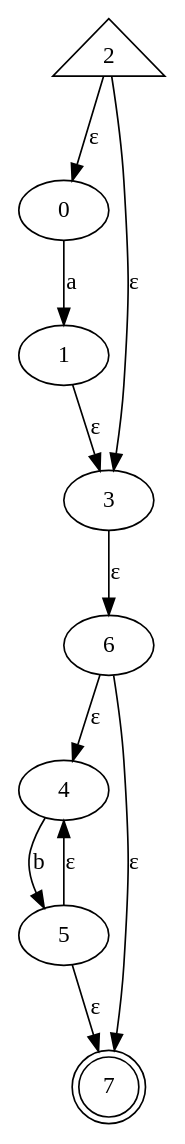
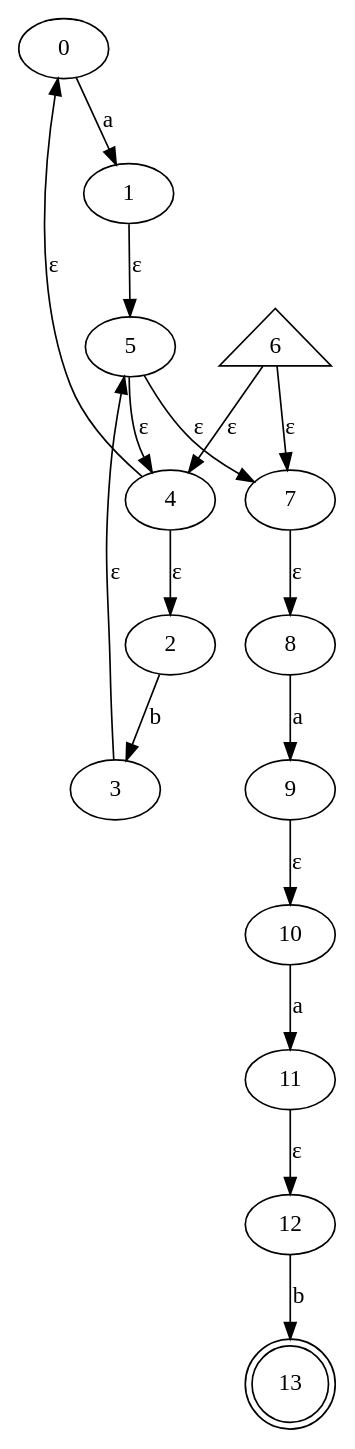
The diagram in automaton.gv (guillermoSb/UVG_Compis1_Lab1), drawn with Graphviz before and after one commit. The commit also changed 2 other files, not shown here.

```diff
--- a/automaton.gv
+++ b/automaton.gv
@@ -1,20 +1,32 @@
 digraph {
 	0
 	1
-	2 [shape=triangle]
+	2
 	3
 	4
 	5
-	6
-	7 [shape=doublecircle]
+	6 [shape=triangle]
+	7
+	8
+	9
+	10
+	11
+	12
+	13 [shape=doublecircle]
 	0 -> 1 [label=a]
-	1 -> 3 [label="ε"]
-	2 -> 0 [label="ε"]
-	2 -> 3 [label="ε"]
-	3 -> 6 [label="ε"]
-	4 -> 5 [label=b]
+	1 -> 5 [label="ε"]
+	2 -> 3 [label=b]
+	3 -> 5 [label="ε"]
+	4 -> 0 [label="ε"]
+	4 -> 2 [label="ε"]
 	5 -> 4 [label="ε"]
 	5 -> 7 [label="ε"]
 	6 -> 4 [label="ε"]
 	6 -> 7 [label="ε"]
+	7 -> 8 [label="ε"]
+	8 -> 9 [label=a]
+	9 -> 10 [label="ε"]
+	10 -> 11 [label=a]
+	11 -> 12 [label="ε"]
+	12 -> 13 [label=b]
 }
```
